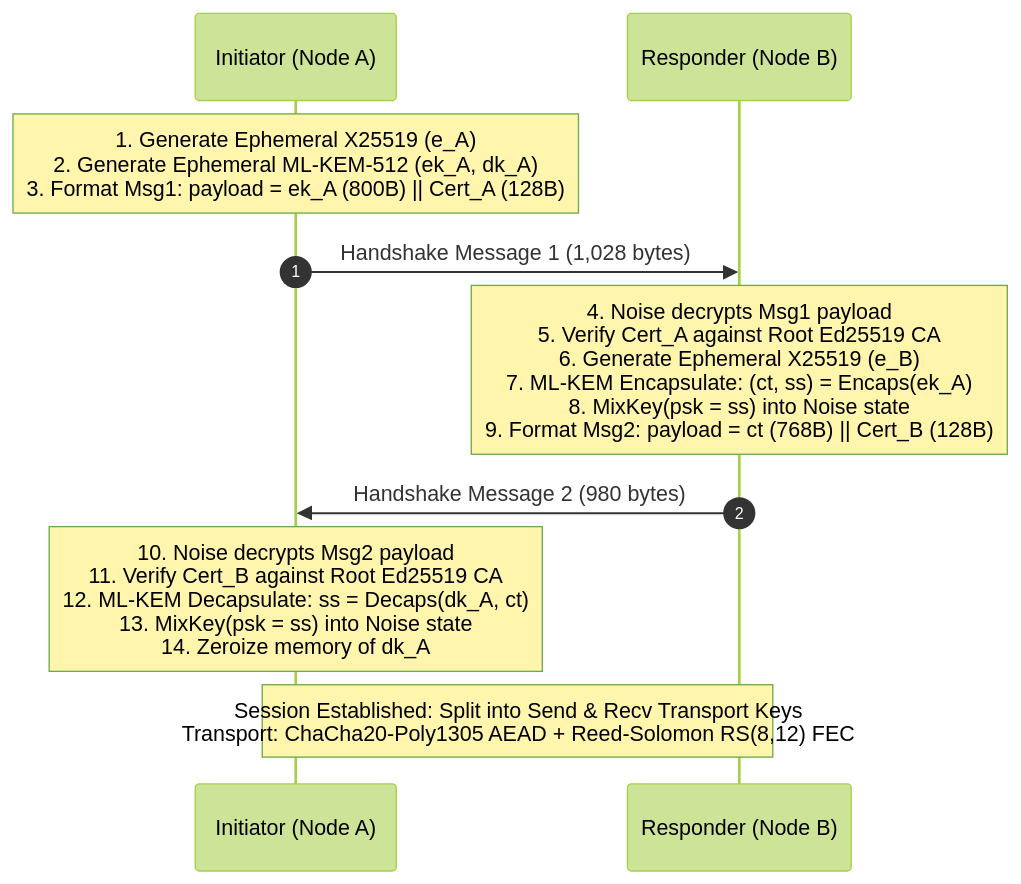
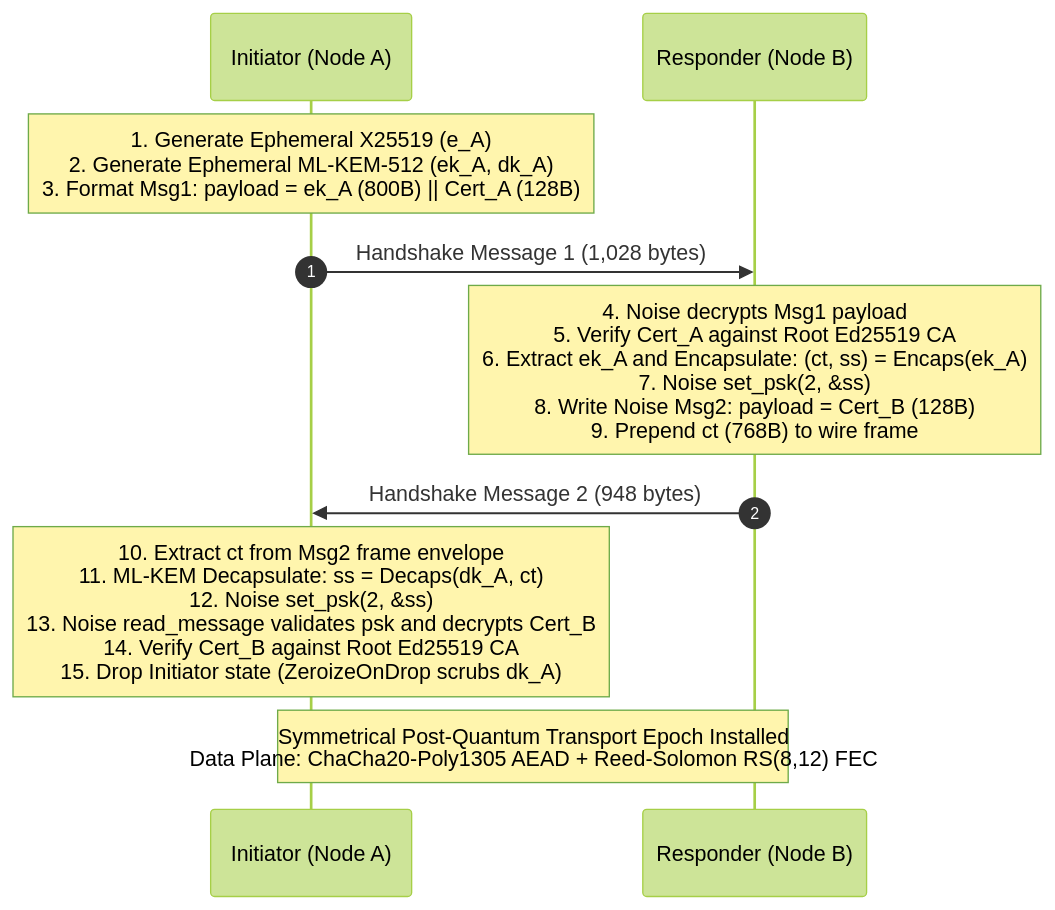
Before and after one commit to femboyisp/yip: the diagram in docs/superpowers/specs/2026-10-20-post-quantum-hybrid-handshake-design.md, drawn with Mermaid (forest theme). The commit also changed other lines of this file, not shown here.

Commit message:
docs(spec): resolve snow deadlock and integrate audit feedback into PQ-hybrid handshake spec

````diff
--- a/docs/superpowers/specs/2026-10-20-post-quantum-hybrid-handshake-design.md
+++ b/docs/superpowers/specs/2026-10-20-post-quantum-hybrid-handshake-design.md
@@ -69,16 +70,16 @@
 ```mermaid
 sequenceDiagram
     autonumber
     participant I as Initiator (Node A)
     participant R as Responder (Node B)
 
     Note over I: 1. Generate Ephemeral X25519 (e_A)<br/>2. Generate Ephemeral ML-KEM-512 (ek_A, dk_A)<br/>3. Format Msg1: payload = ek_A (800B) || Cert_A (128B)
     I->>R: Handshake Message 1 (1,028 bytes)
 
-    Note over R: 4. Noise decrypts Msg1 payload<br/>5. Verify Cert_A against Root Ed25519 CA<br/>6. Generate Ephemeral X25519 (e_B)<br/>7. ML-KEM Encapsulate: (ct, ss) = Encaps(ek_A)<br/>8. MixKey(psk = ss) into Noise state<br/>9. Format Msg2: payload = ct (768B) || Cert_B (128B)
-    R->>I: Handshake Message 2 (980 bytes)
+    Note over R: 4. Noise decrypts Msg1 payload<br/>5. Verify Cert_A against Root Ed25519 CA<br/>6. Extract ek_A and Encapsulate: (ct, ss) = Encaps(ek_A)<br/>7. Noise set_psk(2, &ss)<br/>8. Write Noise Msg2: payload = Cert_B (128B)<br/>9. Prepend ct (768B) to wire frame
+    R->>I: Handshake Message 2 (948 bytes)
 
-    Note over I: 10. Noise decrypts Msg2 payload<br/>11. Verify Cert_B against Root Ed25519 CA<br/>12. ML-KEM Decapsulate: ss = Decaps(dk_A, ct)<br/>13. MixKey(psk = ss) into Noise state<br/>14. Zeroize memory of dk_A
+    Note over I: 10. Extract ct from Msg2 frame envelope<br/>11. ML-KEM Decapsulate: ss = Decaps(dk_A, ct)<br/>12. Noise set_psk(2, &ss)<br/>13. Noise read_message validates psk and decrypts Cert_B<br/>14. Verify Cert_B against Root Ed25519 CA<br/>15. Drop Initiator state (ZeroizeOnDrop scrubs dk_A)
 
-    Note over I,R: Session Established: Split into Send & Recv Transport Keys<br/>Transport: ChaCha20-Poly1305 AEAD + Reed-Solomon RS(8,12) FEC
+    Note over I,R: Symmetrical Post-Quantum Transport Epoch Installed<br/>Data Plane: ChaCha20-Poly1305 AEAD + Reed-Solomon RS(8,12) FEC
 ```
````
